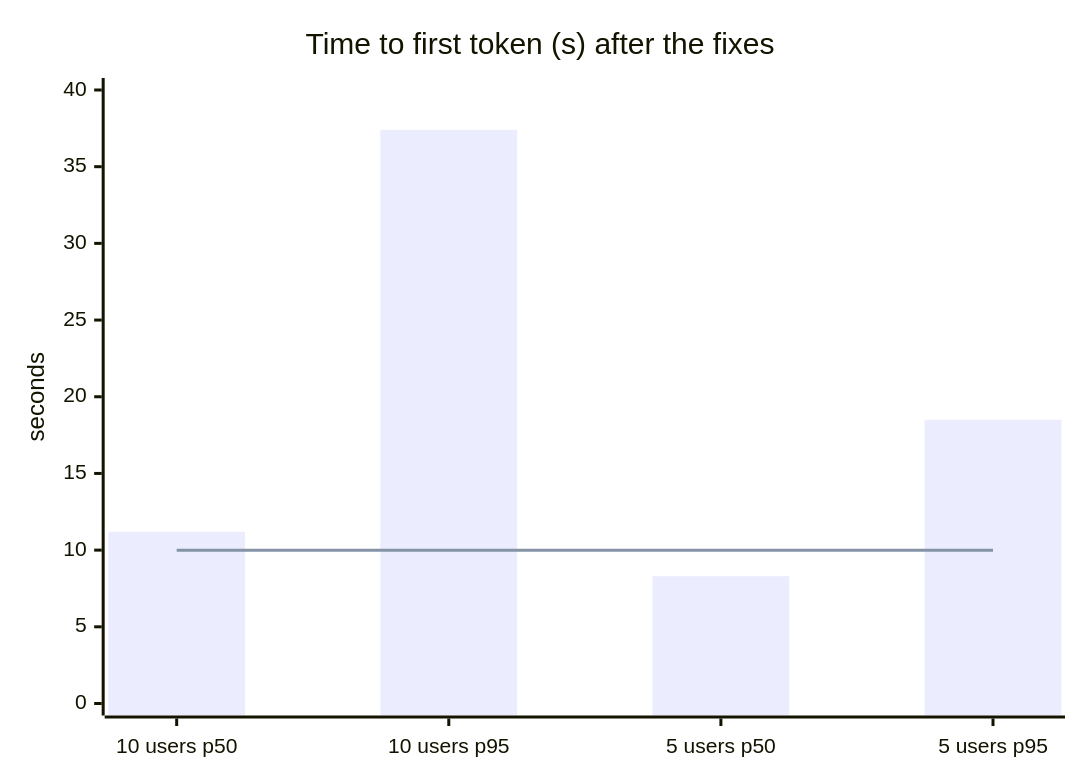
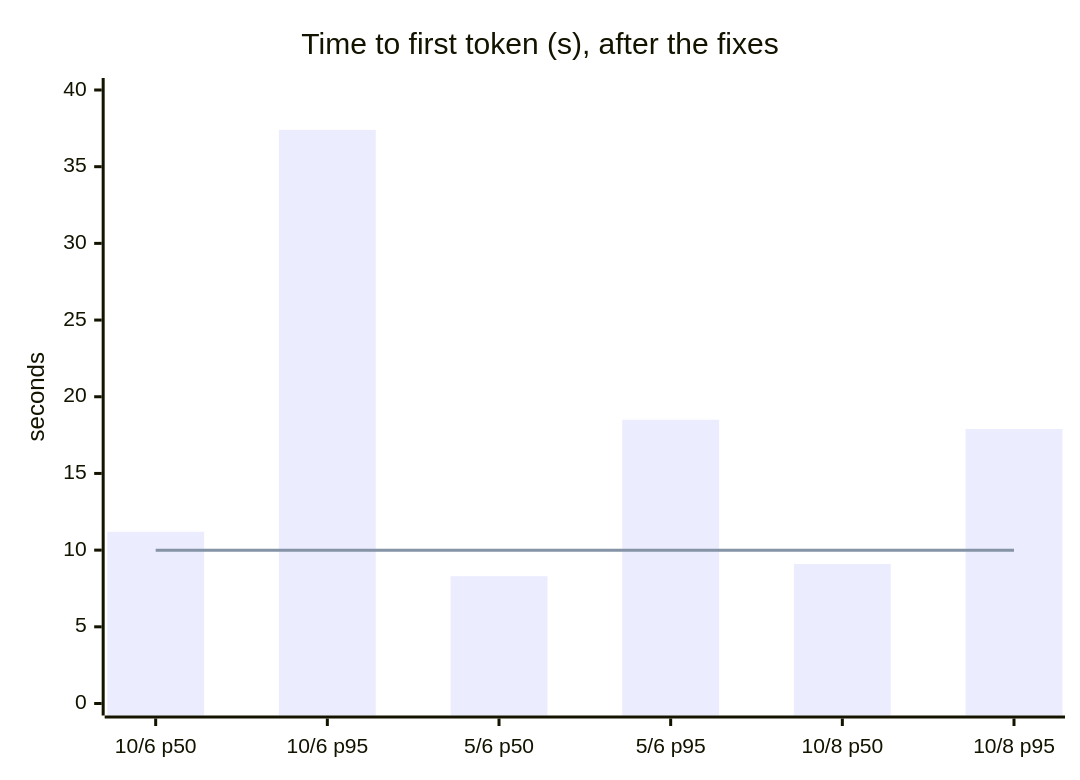
Before and after one commit to Anirudh1905/agentic-ai-chatbot: diagram 11 of 12 in docs/phase-9-reliability-deployment.md, drawn with Mermaid. The commit also changed other lines of this file and 5 other files, not shown here.

````diff
--- a/docs/phase-9-reliability-deployment.md
+++ b/docs/phase-9-reliability-deployment.md
@@ -355,8 +356,8 @@
 ```mermaid
 xychart-beta
-    title "Time to first token (s) after the fixes"
-    x-axis ["10 users p50", "10 users p95", "5 users p50", "5 users p95"]
+    title "Time to first token (s), after the fixes"
+    x-axis ["10/6 p50", "10/6 p95", "5/6 p50", "5/6 p95", "10/8 p50", "10/8 p95"]
     y-axis "seconds" 0 --> 40
-    bar [11.2, 37.4, 8.3, 18.5]
-    line [10, 10, 10, 10]
+    bar [11.2, 37.4, 8.3, 18.5, 9.1, 17.9]
+    line [10, 10, 10, 10, 10, 10]
 ```
````
